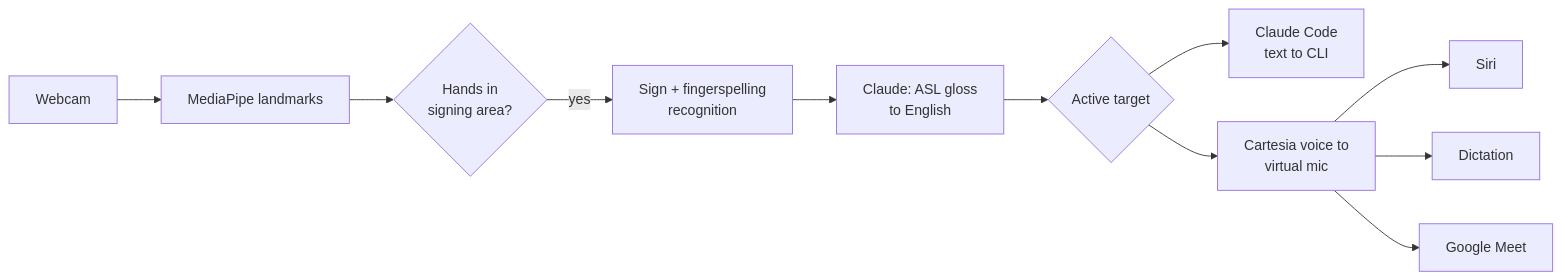
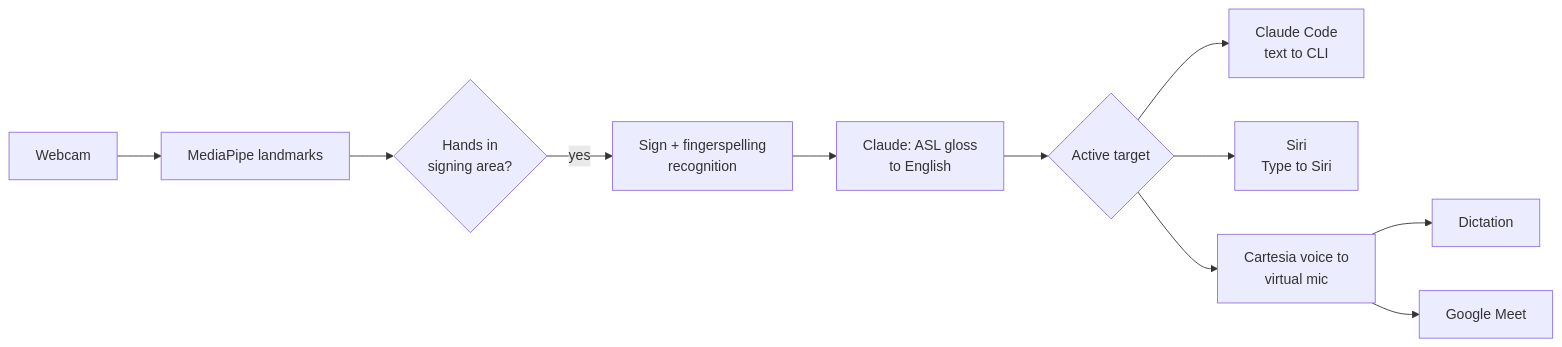
One commit to SacchinS/calhacks-2026 changed the diagram in README.md. Above: the diagram before and after it, drawn with Mermaid. The commit also changed other lines of this file and 2 other files, not shown here.

Commit message:
Docs: Siri goes through Type to Siri (Cmd-Space), not the virtual mic

````diff
--- a/README.md
+++ b/README.md
@@ -17,13 +17,13 @@
 ```mermaid
 flowchart LR
     CAM[Webcam] --> MP[MediaPipe landmarks]
     MP --> GATE{Hands in<br/>signing area?}
     GATE -- yes --> REC[Sign + fingerspelling<br/>recognition]
     REC --> LLM[Claude: ASL gloss<br/>to English]
     LLM --> ROUTER{Active target}
     ROUTER --> CC[Claude Code<br/>text to CLI]
+    ROUTER --> SIRI[Siri<br/>Type to Siri]
     ROUTER --> VM[Cartesia voice to<br/>virtual mic]
-    VM --> SIRI[Siri]
     VM --> DICT[Dictation]
     VM --> MEET[Google Meet]
 ```
````
